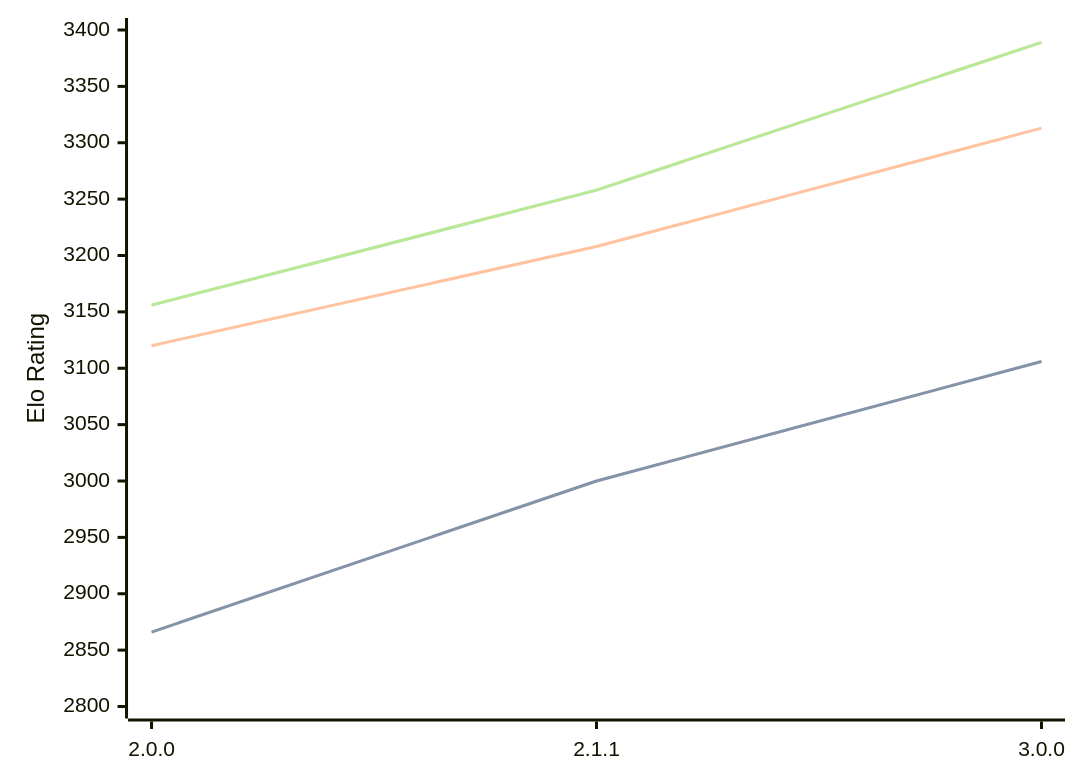
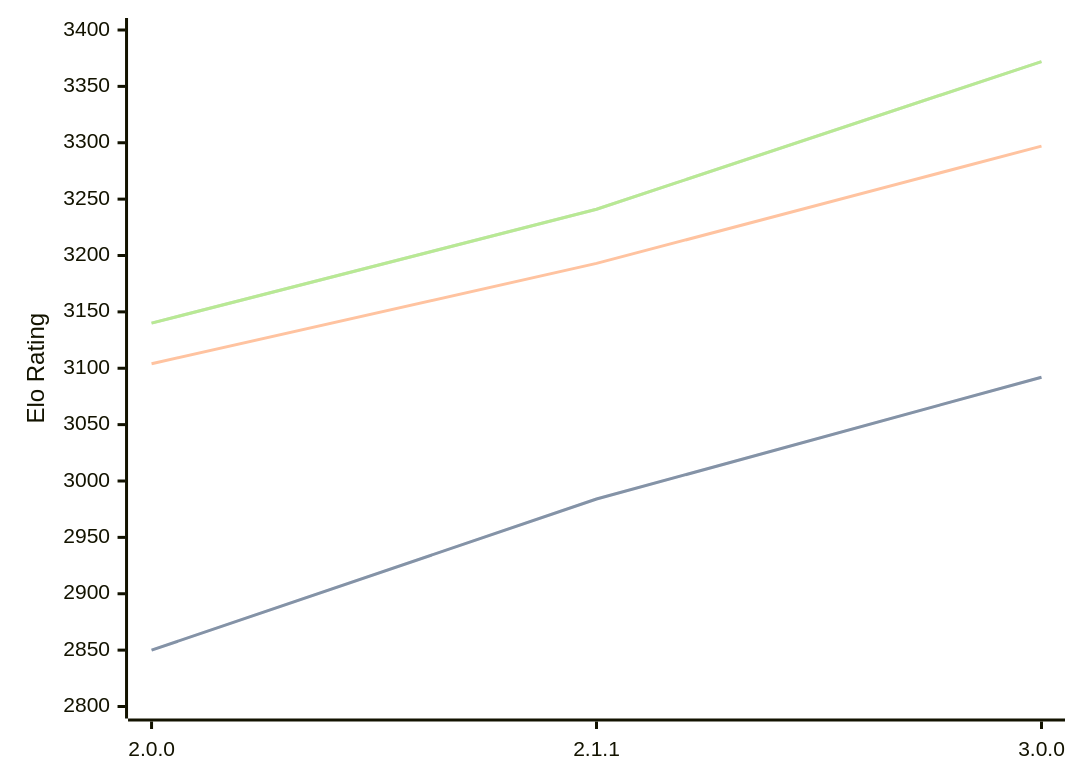
The diagram in engines/Bread.md (computer-chess-index/cci), drawn with Mermaid before and after one commit. The commit also changed other lines of this file, not shown here.

Commit message:
Update CCI Ratings (ELO VLTC) - 2026-05-20

````diff
--- a/engines/Bread.md
+++ b/engines/Bread.md
@@ -51,11 +51,11 @@
 ```mermaid
 %%{init: {"theme":"base","themeVariables":{"seriesColors:['#a3a3a3','#222221','#faa371']}}}%%
 xychart-beta
   x-axis ["2.0.0", "2.1.1", "3.0.0"]
   y-axis "Elo Rating" 2800 --> 3400
-  line "STC (8.0+0.08s)" [2866, 3000, 3106]
-  line "STC (8.0+0.08s)" [2866, 3000, 3106]
-  line "LTC (60.0+0.60s)" [3120, 3208, 3313]
-  line "VLTC (2m24s+1.12s)" [3156, 3258, 3389]
-  line "VLTC (2m24s+1.12s)" [3156, 3258, 3389]
+  line "STC (8.0+0.08s)" [2850, 2984, 3092]
+  line "STC (8.0+0.08s)" [2850, 2984, 3092]
+  line "LTC (60.0+0.60s)" [3104, 3193, 3297]
+  line "VLTC (2m24s+1.12s)" [3140, 3241, 3372]
+  line "VLTC (2m24s+1.12s)" [3140, 3241, 3372]
 ```
````
